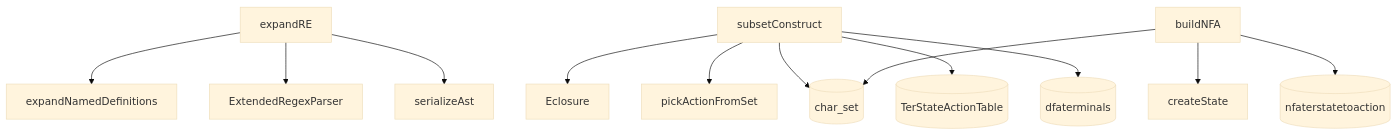
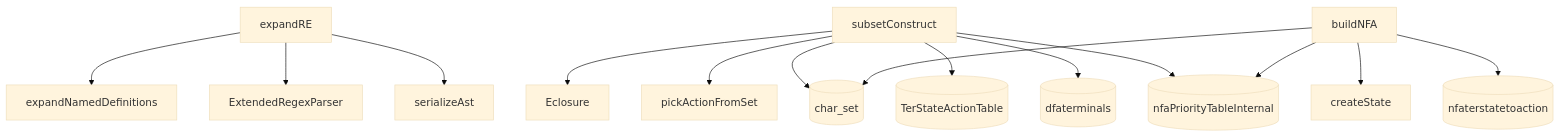
The fifth of 7 diagrams in seuLex/docs/DEPENDENCY_GRAPH.md (prestige12138/seuCompiler), drawn with Mermaid (base theme) before and after one commit. The commit also changed other lines of this file and 273 other files, not shown here.

````diff
--- a/seuLex/docs/DEPENDENCY_GRAPH.md
+++ b/seuLex/docs/DEPENDENCY_GRAPH.md
@@ -71,16 +82,18 @@
 ```mermaid
 graph TD
   expandRE --> expandNamedDefinitions
   expandRE --> ExtendedRegexParser
   expandRE --> serializeAst
 
   subsetConstruct --> Eclosure
   subsetConstruct --> pickActionFromSet
   subsetConstruct --> char_set[(char_set)]
   subsetConstruct --> TerStateActionTable[(TerStateActionTable)]
   subsetConstruct --> dfaterminals[(dfaterminals)]
+  subsetConstruct --> nfaPriorityTableInternal[(nfaPriorityTableInternal)]
 
   buildNFA --> createState
   buildNFA --> char_set
   buildNFA --> nfaterstatetoaction[(nfaterstatetoaction)]
+  buildNFA --> nfaPriorityTableInternal
 ```
````
